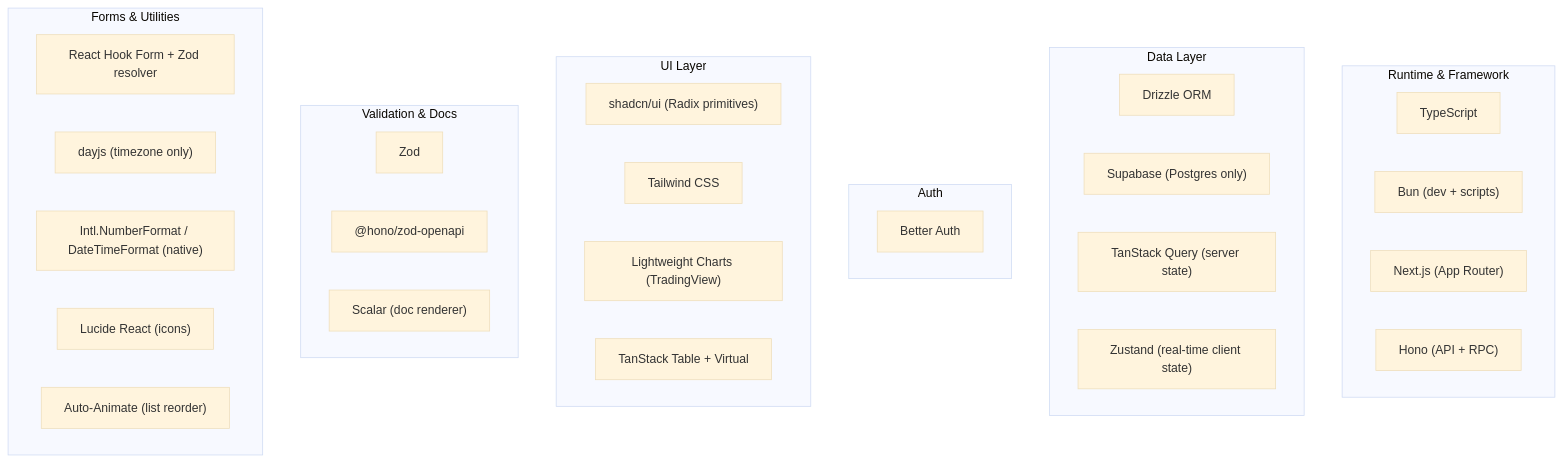
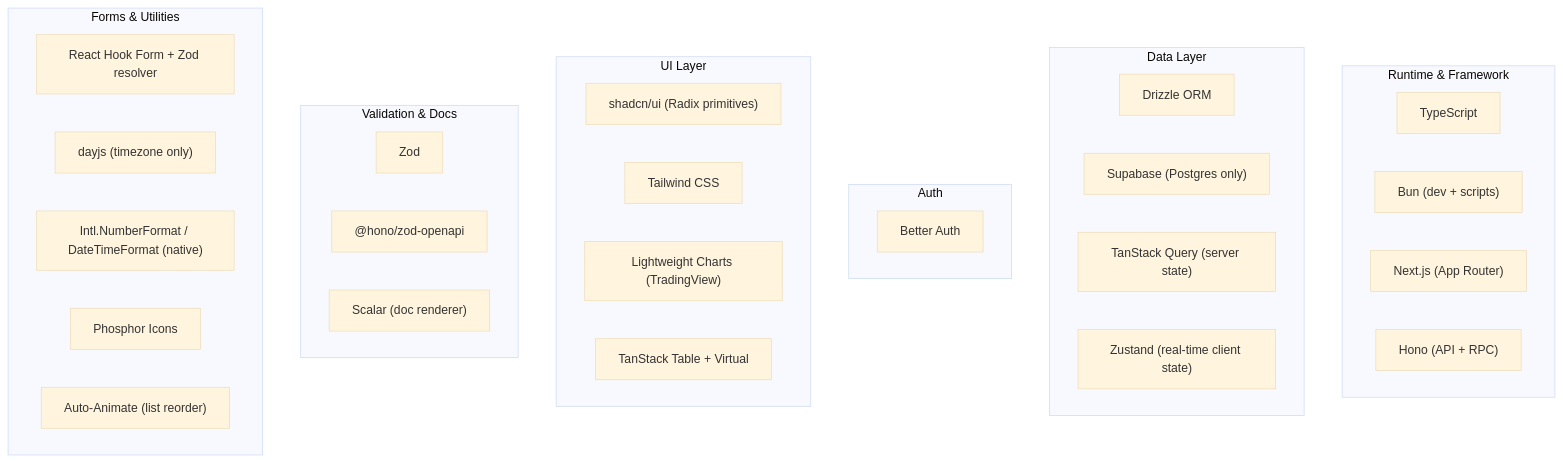
One commit to patrickmvla/owl changed the diagram in docs/adrs/005-tech-stack.md. Above: the diagram before and after it, drawn with Mermaid (base theme). The commit also changed other lines of this file and 1 other file, not shown here.

First line of the commit message:
docs: add ADR-007 UX architecture, update ADR-005 to Phosphor icons

````diff
--- a/docs/adrs/005-tech-stack.md
+++ b/docs/adrs/005-tech-stack.md
@@ -76,41 +76,41 @@
 ```mermaid
 graph TB
     subgraph Runtime["Runtime & Framework"]
         TS["TypeScript"]
         BUN["Bun (dev + scripts)"]
         NEXT["Next.js (App Router)"]
         HONO["Hono (API + RPC)"]
     end
 
     subgraph Data["Data Layer"]
         DRIZZLE["Drizzle ORM"]
         SUPA["Supabase (Postgres only)"]
         QUERY["TanStack Query (server state)"]
         ZUS["Zustand (real-time client state)"]
     end
 
     subgraph Auth_Layer["Auth"]
         BAUTH["Better Auth"]
     end
 
     subgraph UI["UI Layer"]
         SHADCN["shadcn/ui (Radix primitives)"]
         TW["Tailwind CSS"]
         LWC["Lightweight Charts (TradingView)"]
         TTABLE["TanStack Table + Virtual"]
     end
 
     subgraph Validation["Validation & Docs"]
         ZOD["Zod"]
         OAPI["@hono/zod-openapi"]
         SCALAR["Scalar (doc renderer)"]
     end
 
     subgraph Forms_Utils["Forms & Utilities"]
         RHF["React Hook Form + Zod resolver"]
         DAYJS["dayjs (timezone only)"]
         INTL["Intl.NumberFormat / DateTimeFormat (native)"]
-        LUCIDE["Lucide React (icons)"]
+        PHOSPHOR["Phosphor Icons"]
         AUTOANIM["Auto-Animate (list reorder)"]
     end
 ```
````
